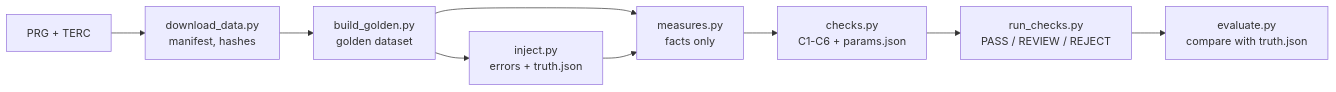
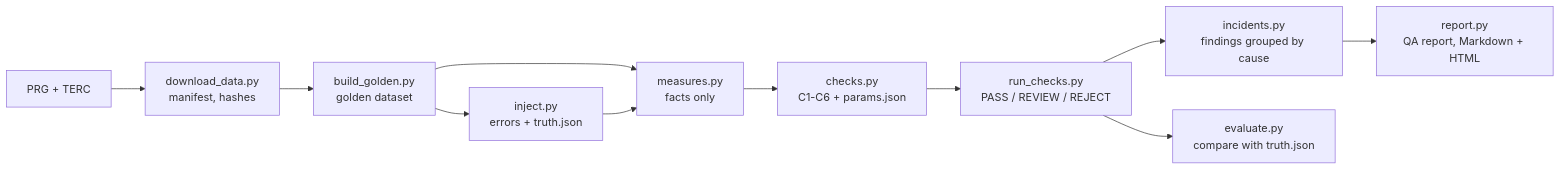
Before and after one commit to MR73BIIO/voro-gis-qa: the diagram in README.md, drawn with Mermaid. The commit also changed other lines of this file, not shown here.

````diff
--- a/README.md
+++ b/README.md
@@ -55,11 +61,13 @@
 ```mermaid
 flowchart LR
     A[PRG + TERC] --> B[download_data.py<br/>manifest, hashes]
     B --> C[build_golden.py<br/>golden dataset]
     C --> D[inject.py<br/>errors + truth.json]
     C --> E[measures.py<br/>facts only]
     D --> E
     E --> F[checks.py<br/>C1-C6 + params.json]
     F --> G[run_checks.py<br/>PASS / REVIEW / REJECT]
+    G --> I[incidents.py<br/>findings grouped by cause]
+    I --> R[report.py<br/>QA report, Markdown + HTML]
     G --> H[evaluate.py<br/>compare with truth.json]
 ```
````
